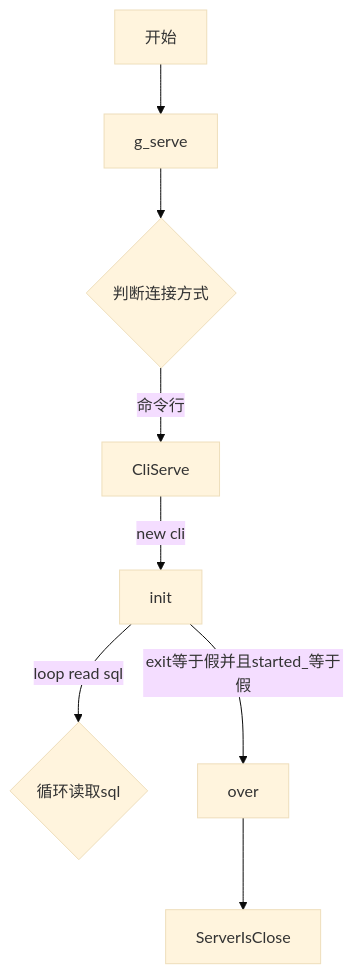
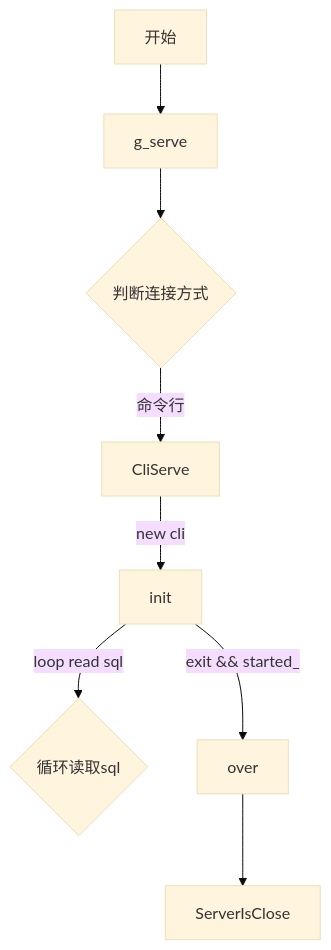
The diagram in article/2026_09_26.md (jyoushitou/Blog-Article), drawn with Mermaid (base theme) before and after one commit. The commit also changed other lines of this file, not shown here.

````diff
--- a/article/2026_09_26.md
+++ b/article/2026_09_26.md
@@ -208,10 +208,11 @@
 ```mermaid
 graph TD
   main[开始] --> g_serve
   g_serve --> serve{判断连接方式}
   serve -->|命令行| cli[CliServe]
   cli --> |new cli| init
   init --> |loop read sql| sql{循环读取sql}
-  init --> |exit等于假并且started_等于假| over
+  init --> |exit && started_| over
   over --> ServerIsClose
+
 ```
````
